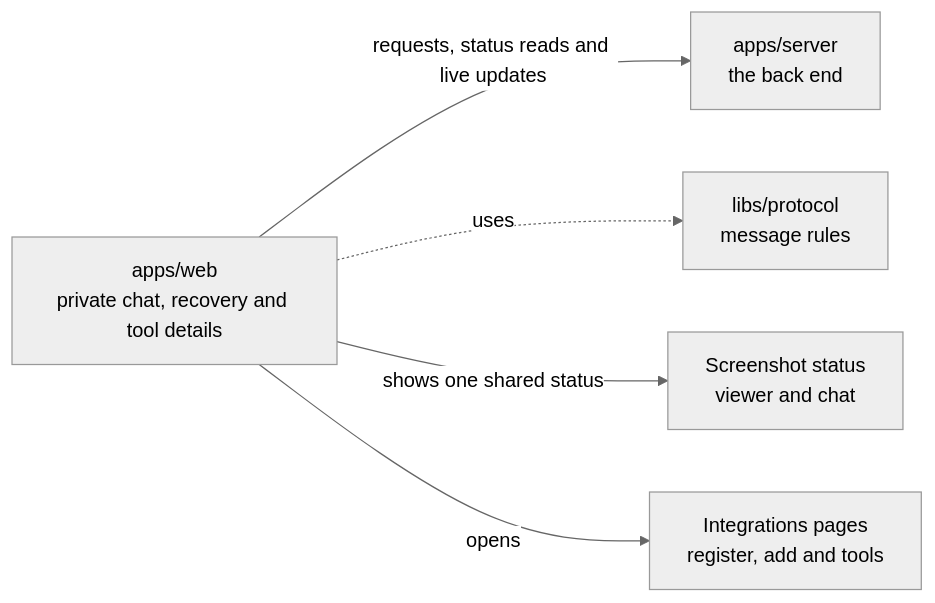
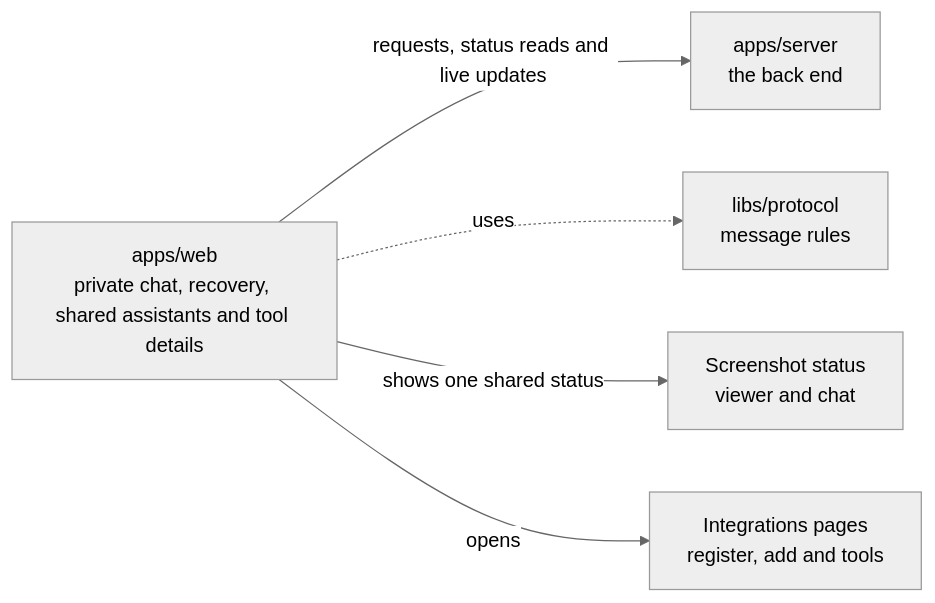
Before and after one commit to elewa-git/opencrane-new: the diagram in apps/web/README.md, drawn with Mermaid (neutral theme). The commit also changed other lines of this file and 19 other files, not shown here.

````diff
--- a/apps/web/README.md
+++ b/apps/web/README.md
@@ -11,7 +11,7 @@
 ```mermaid
 flowchart LR
-  web["apps/web<br/>private chat, recovery and tool details"] -->|requests, status reads and live updates| server["apps/server<br/>the back end"]
+  web["apps/web<br/>private chat, recovery, shared assistants and tool details"] -->|requests, status reads and live updates| server["apps/server<br/>the back end"]
   web -.->|uses| protocol["libs/protocol<br/>message rules"]
   web -->|shows one shared status| capture["Screenshot status<br/>viewer and chat"]
   web -->|opens| integrations["Integrations pages<br/>register, add and tools"]
 ```
````
